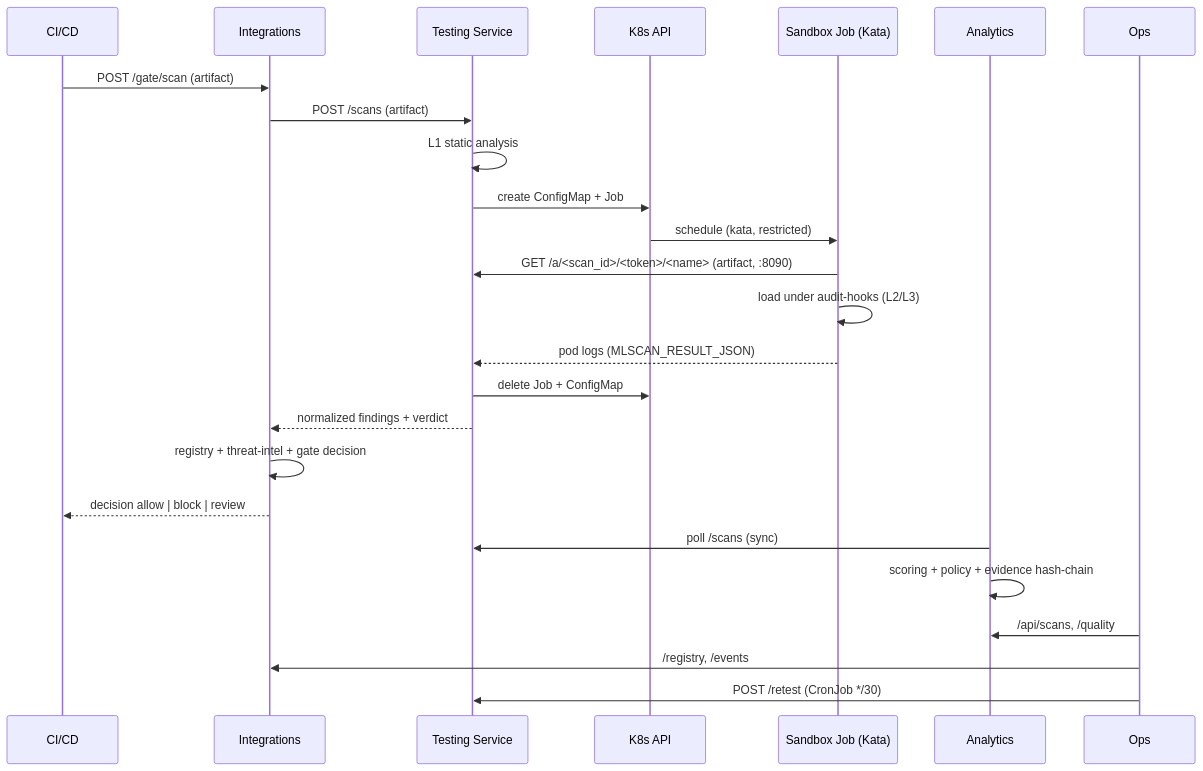
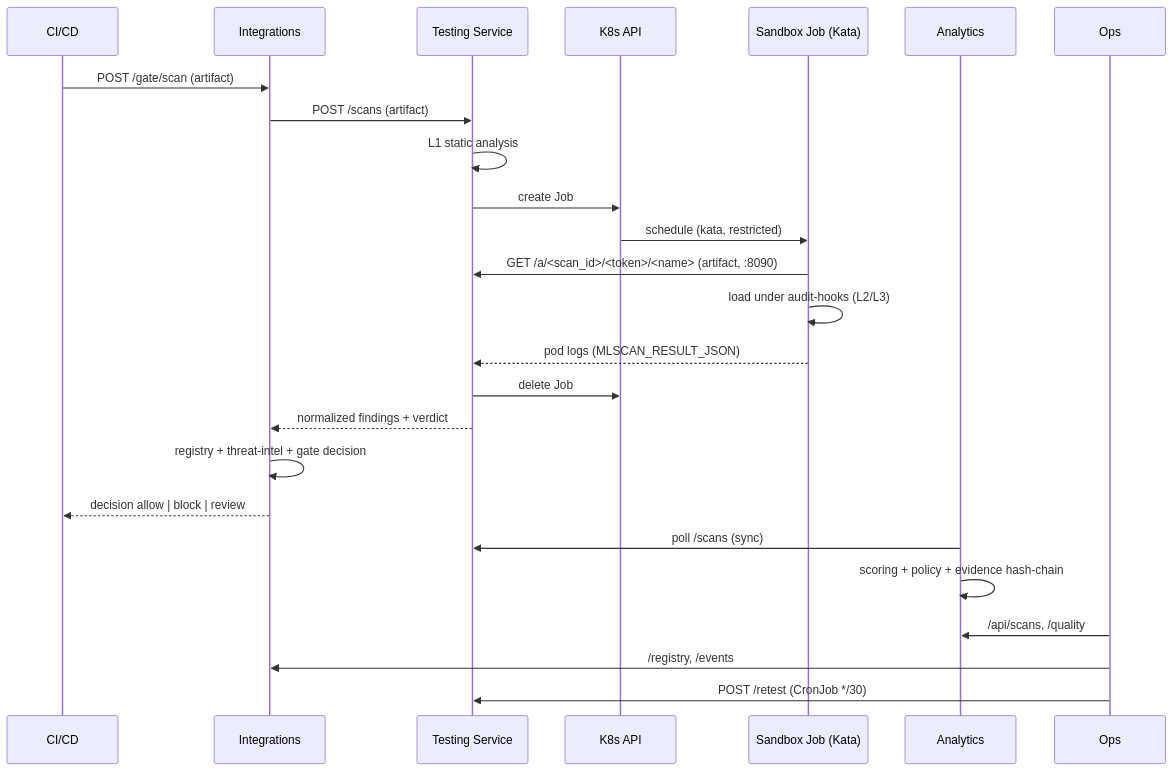
Before and after one commit to pol4/MLScan: the second of 2 diagrams in docs/07-implemented-architecture.md, drawn with Mermaid. The commit also changed other lines of this file and 3 other files, not shown here.

Commit message:
docs: actualize architecture (as-built §2.8/registry/diagram, target §4-7, Concept status, plan) for upload/progress/stats, artifact transport, sandbox image

````diff
--- a/docs/07-implemented-architecture.md
+++ b/docs/07-implemented-architecture.md
@@ -200,28 +225,28 @@
 ```mermaid
 sequenceDiagram
   participant CI as CI/CD
   participant INT as Integrations
   participant TS as Testing Service
   participant K8S as K8s API
   participant SB as Sandbox Job (Kata)
   participant AN as Analytics
   participant OP as Ops
 
   CI->>INT: POST /gate/scan (artifact)
   INT->>TS: POST /scans (artifact)
   TS->>TS: L1 static analysis
-  TS->>K8S: create ConfigMap + Job
+  TS->>K8S: create Job
   K8S->>SB: schedule (kata, restricted)
   SB->>TS: GET /a/<scan_id>/<token>/<name> (artifact, :8090)
   SB->>SB: load under audit-hooks (L2/L3)
   SB-->>TS: pod logs (MLSCAN_RESULT_JSON)
-  TS->>K8S: delete Job + ConfigMap
+  TS->>K8S: delete Job
   TS-->>INT: normalized findings + verdict
   INT->>INT: registry + threat-intel + gate decision
   INT-->>CI: decision allow | block | review
   AN->>TS: poll /scans (sync)
   AN->>AN: scoring + policy + evidence hash-chain
   OP->>AN: /api/scans, /quality
   OP->>INT: /registry, /events
   OP->>TS: POST /retest (CronJob */30)
 ```
````
